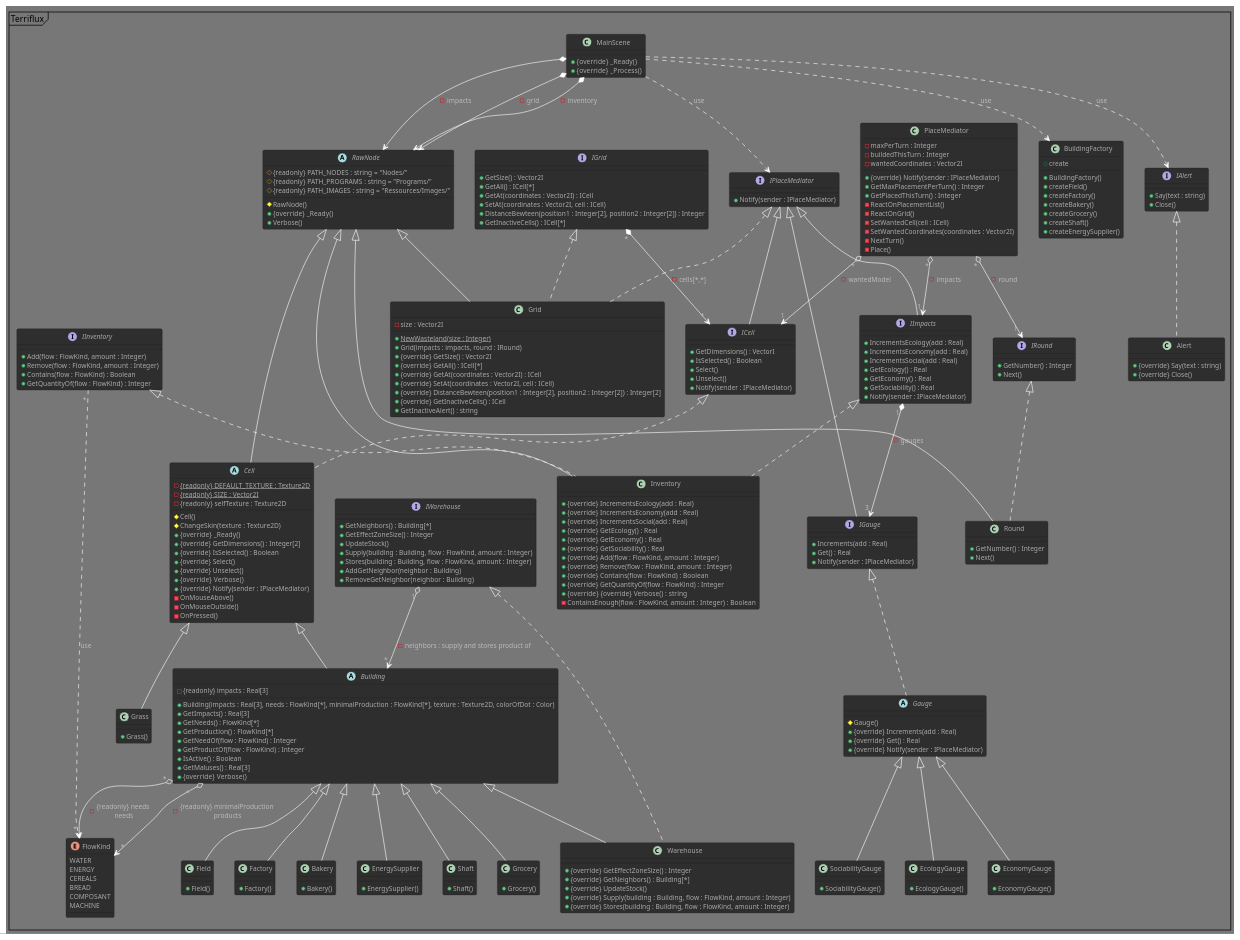
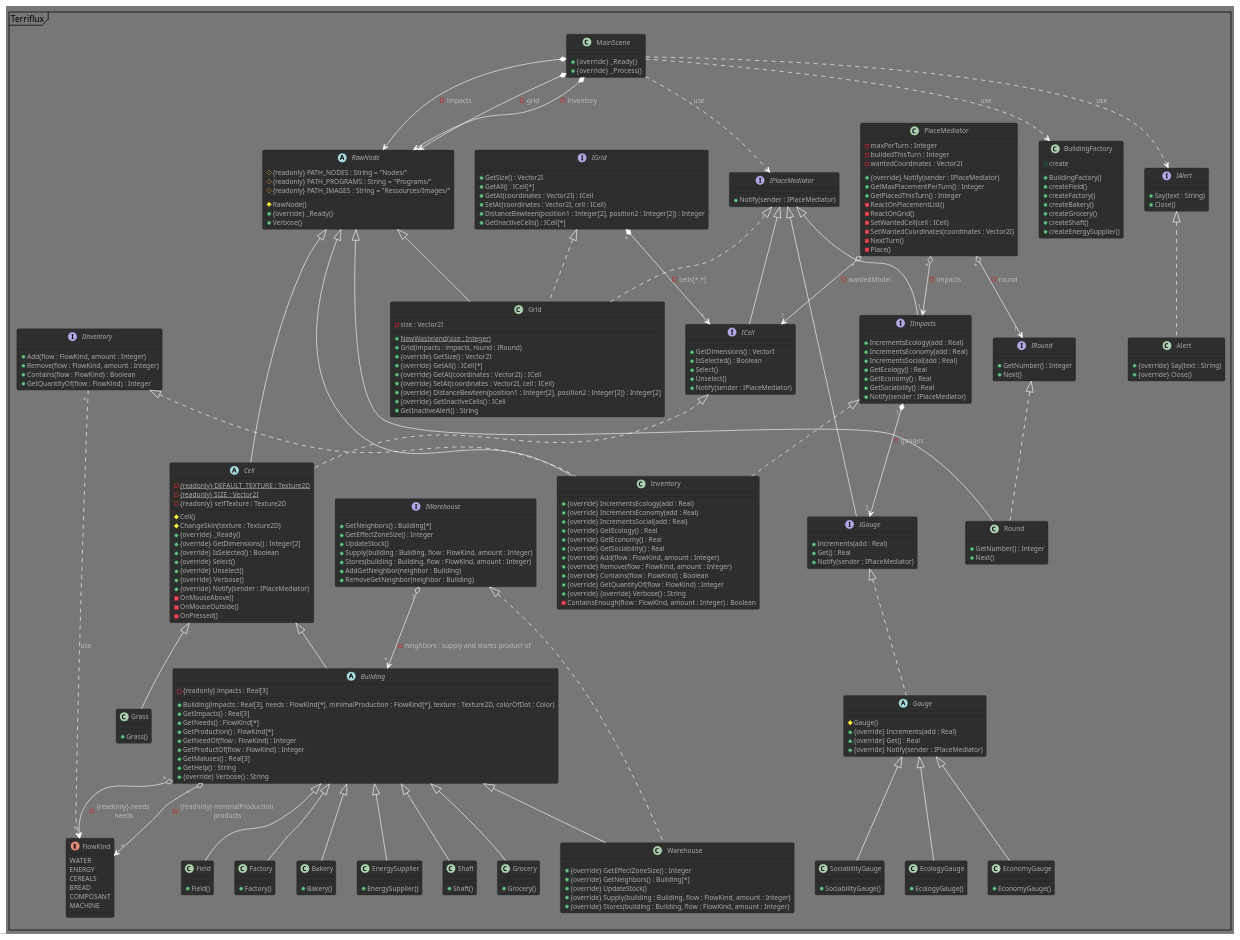
One commit to Spidermatou/Terriflux changed the diagram in Terriflux.puml. Above: the diagram before and after it, drawn with PlantUML. The commit also changed 4 other files, not shown here.

```diff
--- a/Terriflux.puml
+++ b/Terriflux.puml
@@ -20,9 +20,9 @@
 /' Any node of our own creation '/
 abstract RawNode  /' extends Godot.Node2D '/
 {
-    # {readonly} PATH_NODES : string = "Nodes/"
-    # {readonly} PATH_PROGRAMS : string = "Programs/"
-    # {readonly} PATH_IMAGES : string = "Ressources/Images/"
+    # {readonly} PATH_NODES : String = "Nodes/"
+    # {readonly} PATH_PROGRAMS : String = "Programs/"
+    # {readonly} PATH_IMAGES : String = "Ressources/Images/"
     # RawNode() /' this.Name = this.getClass().ToString() '/ 
     + {override}  _Ready()
     + Verbose()
@@ -68,9 +68,9 @@
     + GetProduction() : FlowKind[*]     /' minimal product '/
     + GetNeedOf(flow : FlowKind) : Integer
     + GetProductOf(flow : FlowKind) : Integer        /' minimal product '/
-    + IsActive() : Boolean /' will produce sth this turn '/
     + GetMaluses() : Real[3]
-    + {override}  Verbose()
+    + GetHelp() : String        /' info for player about impacts, needs and products'/
+    + {override} Verbose() : String
 }
 /' needs & minimalProduction = (FlowKind, Integer)[*] '/
 Building" * " o--> " * "FlowKind : - {readonly} needs \n needs      
@@ -210,7 +210,7 @@
     + {override} SetAt(coordinates : Vector2I, cell : ICell)
     + {override} DistanceBewteen(position1 : Integer[2], position2 : Integer[2]) : Integer[2]
     + {override} GetInactiveCells() : ICell      
-    + GetInactiveAlert() : string
+    + GetInactiveAlert() : String
 }
 
 /' INVENTORY & IMPACTS '/
@@ -270,19 +270,19 @@
     + {override} Remove(flow : FlowKind, amount : Integer)
     + {override} Contains(flow : FlowKind) : Boolean
     + {override} GetQuantityOf(flow : FlowKind) : Integer
-    + {override}  {override} Verbose() : string
+    + {override} {override} Verbose() : String
     - ContainsEnough(flow : FlowKind, amount : Integer) : Boolean
 }
 
 /' MESSAGE to user '/
 interface IAlert
 {
-    + Say(text : string)
+    + Say(text : String)
     + Close()
 }
 class Alert implements IAlert
 {
-    + {override} Say(text : string)
+    + {override} Say(text : String)
     + {override} Close()
 }
 
```
